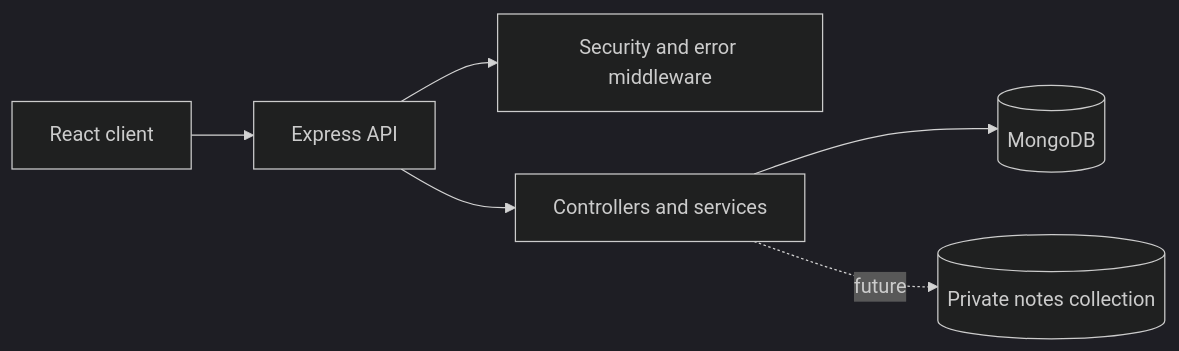
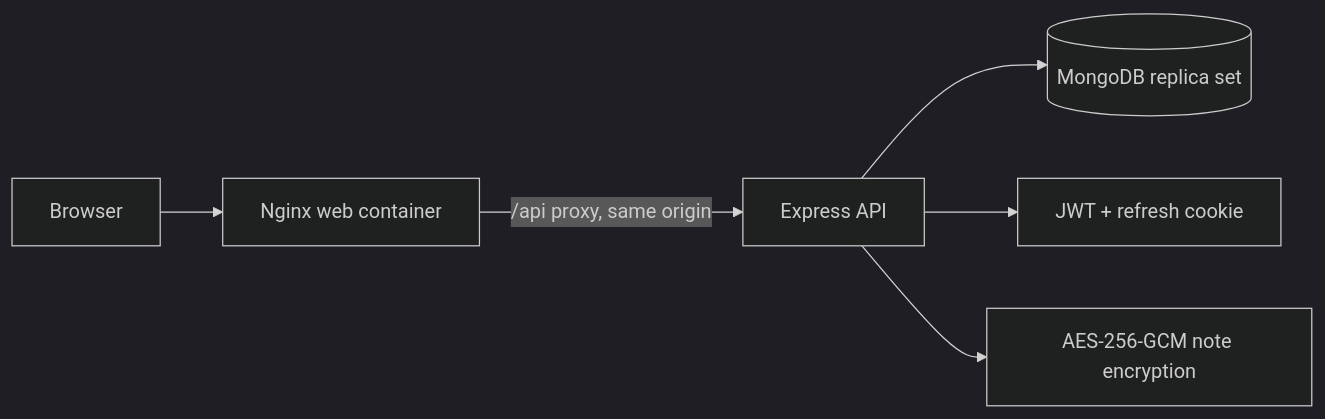
The first of 2 diagrams in README.md (sanjanashantayyanamath-collab/TherapySession-Admin), drawn with Mermaid (dark theme) before and after one commit. The commit also changed other lines of this file and 29 other files, not shown here.

Commit message:
chore: add Docker, CI, Dependabot, Husky, production hardening, OpenAPI docs, SECURITY.md and atomic refresh-token rotation

````diff
--- a/README.md
+++ b/README.md
@@ -135,8 +22,8 @@
 ```mermaid
 flowchart LR
-  Client[React client] --> API[Express API]
-  API --> Middleware[Security and error middleware]
-  API --> Services[Controllers and services]
-  Services --> Mongo[(MongoDB)]
-  Services -. future .-> Notes[(Private notes collection)]
+  Browser[Browser] --> Web[Nginx web container]
+  Web -->|/api proxy, same origin| API[Express API]
+  API --> Mongo[(MongoDB replica set)]
+  API --> Auth[JWT + refresh cookie]
+  API --> Crypto[AES-256-GCM note encryption]
 ```
````
